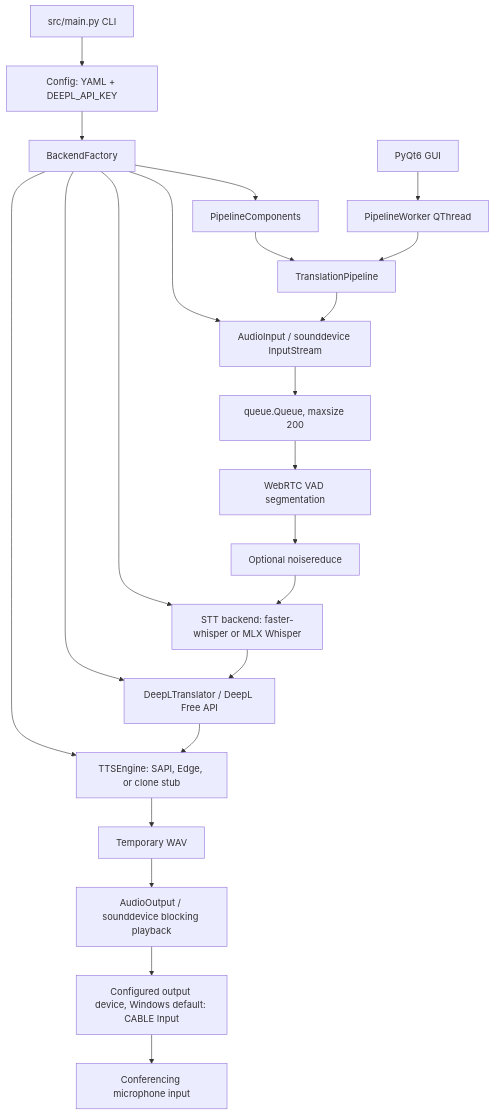
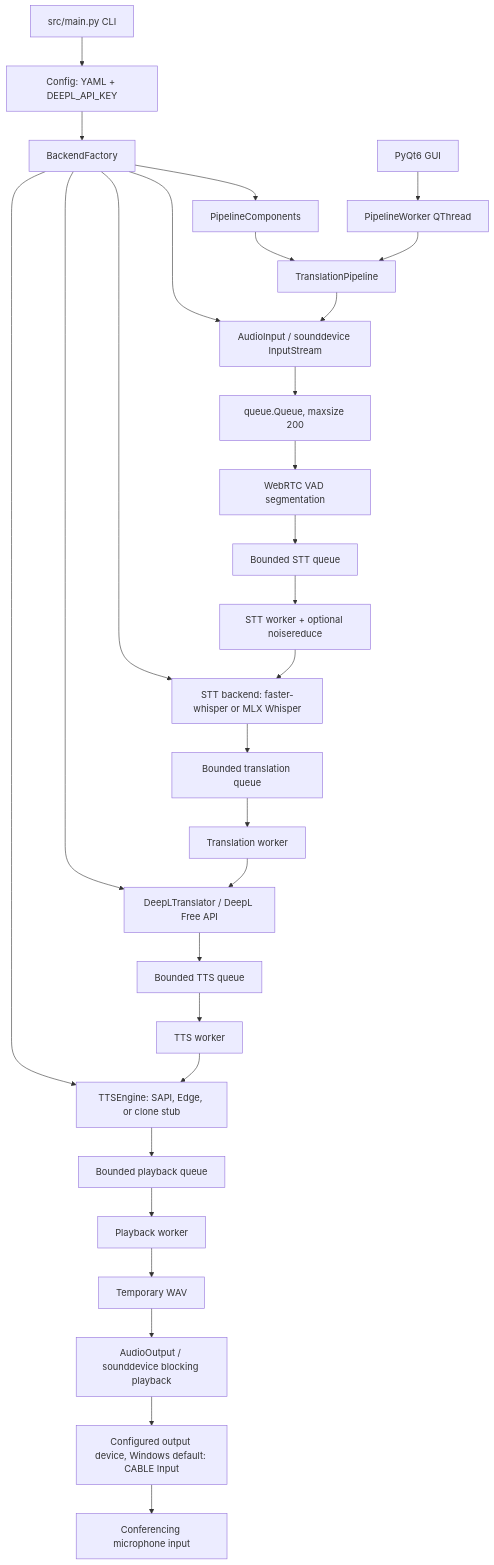
One commit to bulsahkecici/live-meeting-translator changed the diagram in docs/ARCHITECTURE.md. Above: the diagram before and after it, drawn with Mermaid. The commit also changed other lines of this file and 10 other files, not shown here.

````diff
--- a/docs/ARCHITECTURE.md
+++ b/docs/ARCHITECTURE.md
@@ -11,24 +11,31 @@
 ```mermaid
 flowchart TD
     CLI["src/main.py CLI"] --> Config["Config: YAML + DEEPL_API_KEY"]
     GUI["PyQt6 GUI"] --> Worker["PipelineWorker QThread"]
     Config --> Factory["BackendFactory"]
     Factory --> Components["PipelineComponents"]
     Components --> Pipeline["TranslationPipeline"]
     Worker --> Pipeline
     Factory --> Input["AudioInput / sounddevice InputStream"]
     Factory --> STT["STT backend: faster-whisper or MLX Whisper"]
     Factory --> DeepL["DeepLTranslator / DeepL Free API"]
     Factory --> TTS["TTSEngine: SAPI, Edge, or clone stub"]
     Pipeline --> Input
     Input --> CaptureQueue["queue.Queue, maxsize 200"]
     CaptureQueue --> VAD["WebRTC VAD segmentation"]
-    VAD --> Noise["Optional noisereduce"]
-    Noise --> STT
-    STT --> DeepL
-    DeepL --> TTS
-    TTS --> WAV["Temporary WAV"]
+    VAD --> STTQueue["Bounded STT queue"]
+    STTQueue --> STTWorker["STT worker + optional noisereduce"]
+    STTWorker --> STT
+    STT --> TranslationQueue["Bounded translation queue"]
+    TranslationQueue --> TranslationWorker["Translation worker"]
+    TranslationWorker --> DeepL
+    DeepL --> TTSQueue["Bounded TTS queue"]
+    TTSQueue --> TTSWorker["TTS worker"]
+    TTSWorker --> TTS
+    TTS --> PlaybackQueue["Bounded playback queue"]
+    PlaybackQueue --> PlaybackWorker["Playback worker"]
+    PlaybackWorker --> WAV["Temporary WAV"]
     WAV --> Output["AudioOutput / sounddevice blocking playback"]
     Output --> Cable["Configured output device, Windows default: CABLE Input"]
     Cable --> Conference["Conferencing microphone input"]
 ```
````
